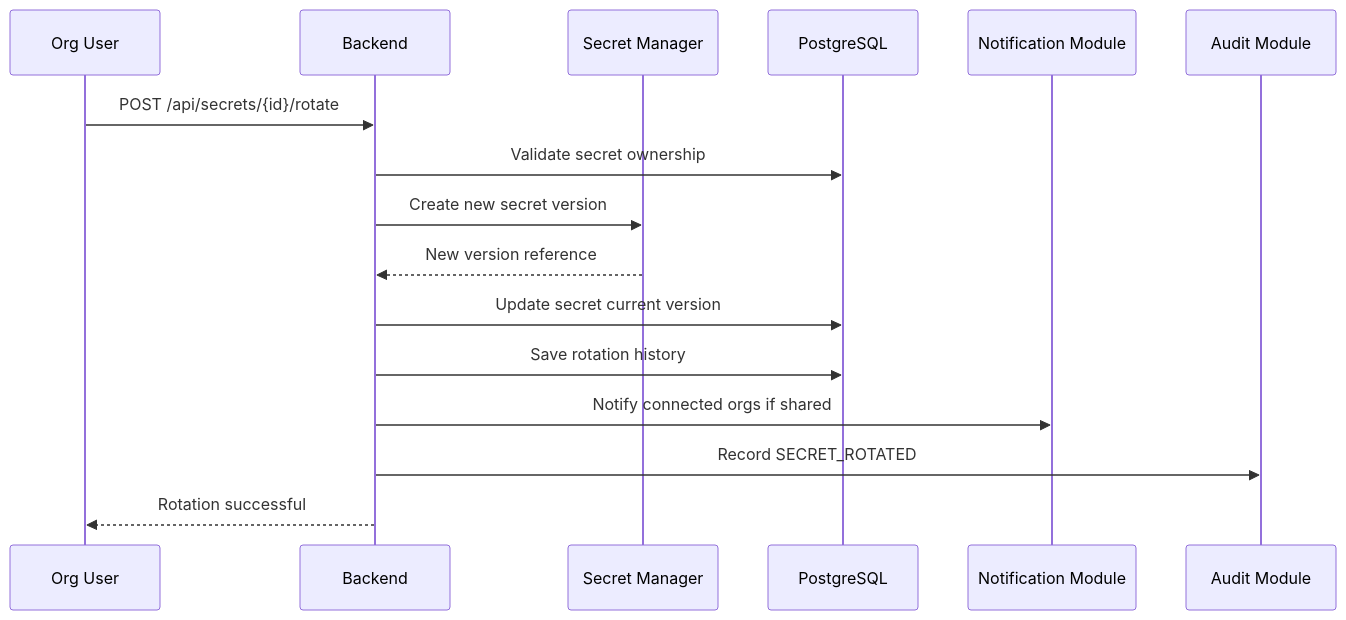
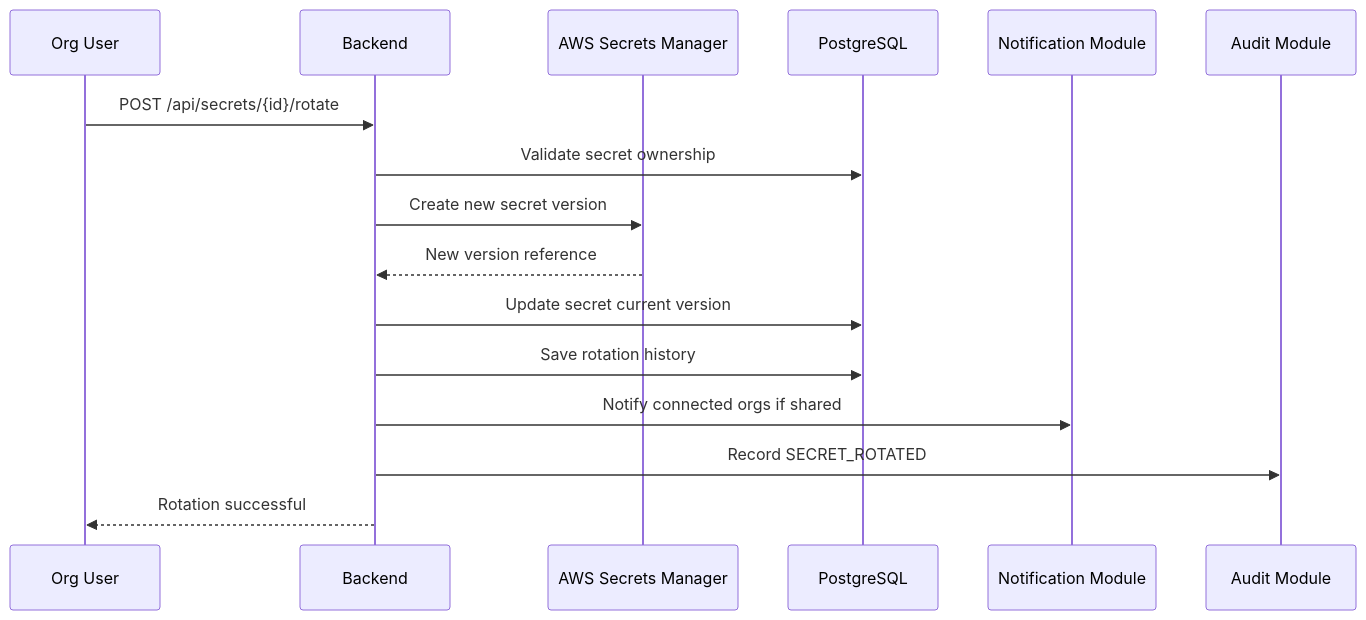
Before and after one commit to shashankpatil-dev/tijoir: the ninth of 10 diagrams in docs/product-spec.md, drawn with Mermaid. The commit also changed other lines of this file and 48 other files, not shown here.

````diff
--- a/docs/product-spec.md
+++ b/docs/product-spec.md
@@ -871,19 +871,19 @@
 ```mermaid
 sequenceDiagram
     participant U as Org User
     participant API as Backend
-    participant GSM as Secret Manager
+    participant ASM as AWS Secrets Manager
     participant DB as PostgreSQL
     participant N as Notification Module
     participant A as Audit Module
 
     U->>API: POST /api/secrets/{id}/rotate
     API->>DB: Validate secret ownership
-    API->>GSM: Create new secret version
-    GSM-->>API: New version reference
+    API->>ASM: Create new secret version
+    ASM-->>API: New version reference
     API->>DB: Update secret current version
     API->>DB: Save rotation history
     API->>N: Notify connected orgs if shared
     API->>A: Record SECRET_ROTATED
     API-->>U: Rotation successful
 ```
````
